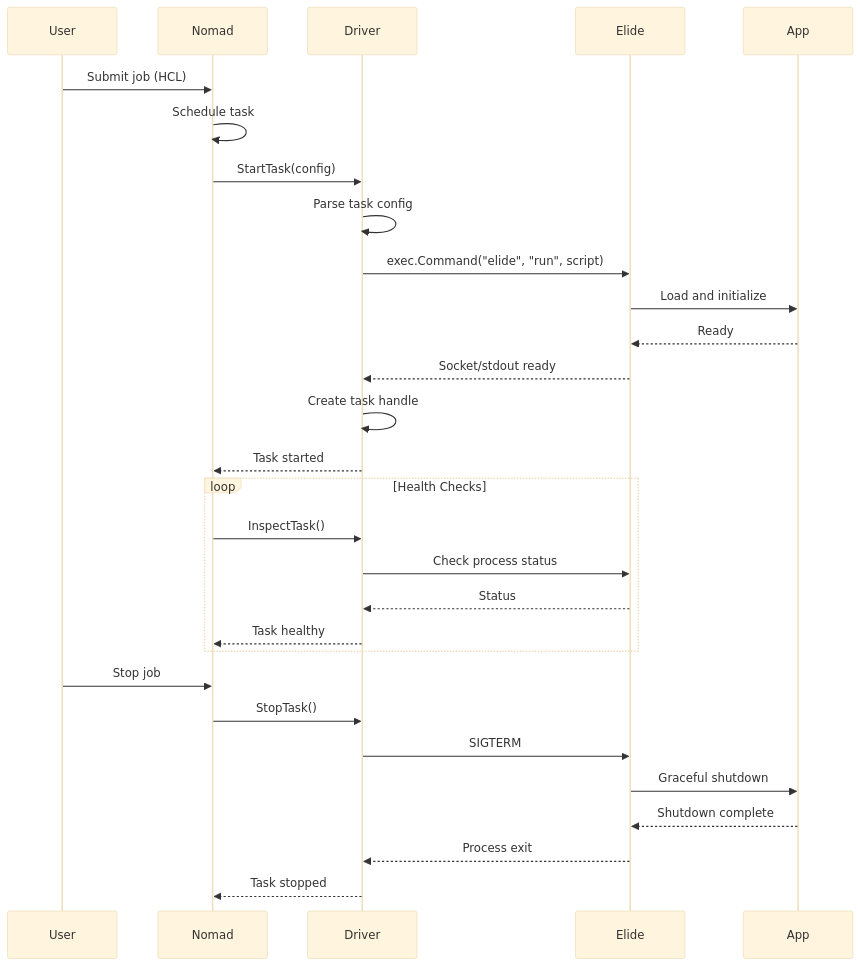
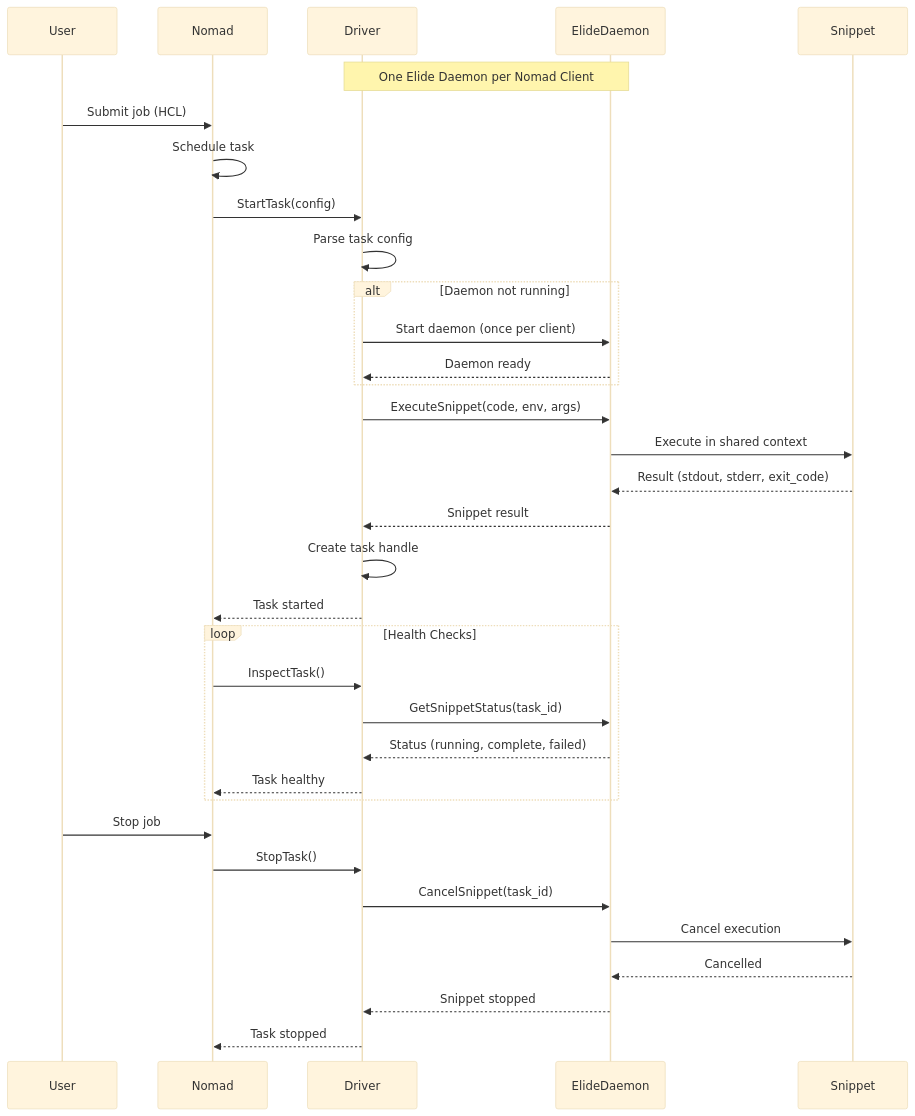
One commit to baasilali/elide-task-driver changed the diagram in README.md. Above: the diagram before and after it, drawn with Mermaid (base theme). The commit also changed other lines of this file, not shown here.

Commit message:
Update README with one-daemon architecture and resource efficiency focus

````diff
--- a/README.md
+++ b/README.md
@@ -154,34 +191,42 @@
 ```mermaid
 sequenceDiagram
     participant User
     participant Nomad
     participant Driver
-    participant Elide
-    participant App
+    participant ElideDaemon
+    participant Snippet
+
+    Note over Driver,ElideDaemon: One Elide Daemon per Nomad Client
 
     User->>Nomad: Submit job (HCL)
     Nomad->>Nomad: Schedule task
     Nomad->>Driver: StartTask(config)
     Driver->>Driver: Parse task config
-    Driver->>Elide: exec.Command("elide", "run", script)
-    Elide->>App: Load and initialize
-    App-->>Elide: Ready
-    Elide-->>Driver: Socket/stdout ready
+    
+    alt Daemon not running
+        Driver->>ElideDaemon: Start daemon (once per client)
+        ElideDaemon-->>Driver: Daemon ready
+    end
+    
+    Driver->>ElideDaemon: ExecuteSnippet(code, env, args)
+    ElideDaemon->>Snippet: Execute in shared context
+    Snippet-->>ElideDaemon: Result (stdout, stderr, exit_code)
+    ElideDaemon-->>Driver: Snippet result
     Driver->>Driver: Create task handle
     Driver-->>Nomad: Task started
     
     loop Health Checks
         Nomad->>Driver: InspectTask()
-        Driver->>Elide: Check process status
-        Elide-->>Driver: Status
+        Driver->>ElideDaemon: GetSnippetStatus(task_id)
+        ElideDaemon-->>Driver: Status (running, complete, failed)
         Driver-->>Nomad: Task healthy
     end
     
     User->>Nomad: Stop job
     Nomad->>Driver: StopTask()
-    Driver->>Elide: SIGTERM
-    Elide->>App: Graceful shutdown
-    App-->>Elide: Shutdown complete
-    Elide-->>Driver: Process exit
+    Driver->>ElideDaemon: CancelSnippet(task_id)
+    ElideDaemon->>Snippet: Cancel execution
+    Snippet-->>ElideDaemon: Cancelled
+    ElideDaemon-->>Driver: Snippet stopped
     Driver-->>Nomad: Task stopped
 ```
````
